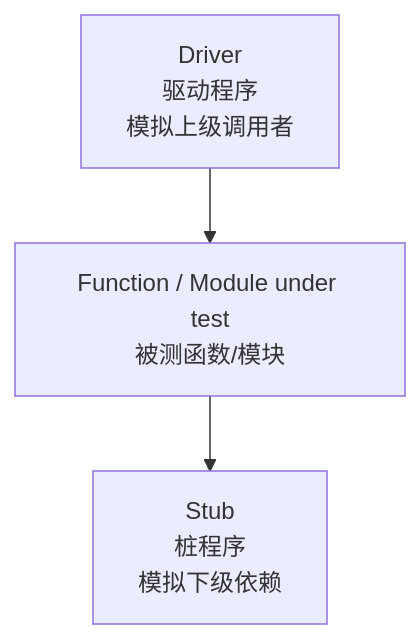
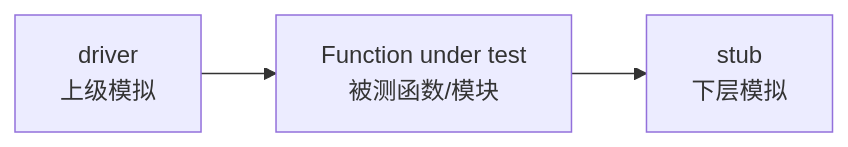
One commit to Ziwen-Lii/pique-review-site changed the diagram in src/content/test-lecture-05.md. Above: the diagram before and after it, drawn with Mermaid. The commit also changed other lines of this file and 8 other files, not shown here.

````diff
--- a/src/content/test-lecture-05.md
+++ b/src/content/test-lecture-05.md
@@ -145,5 +162,5 @@
 ```mermaid
-flowchart TB
-  D["Driver<br/>驱动程序<br/>模拟上级调用者"] --> U["Function / Module under test<br/>被测函数/模块"]
-  U --> S["Stub<br/>桩程序<br/>模拟下级依赖"]
+flowchart LR
+  A["driver<br/>上级模拟"] --> B["Function under test<br/>被测函数/模块"]
+  B --> C["stub<br/>下层模拟"]
 ```
````
